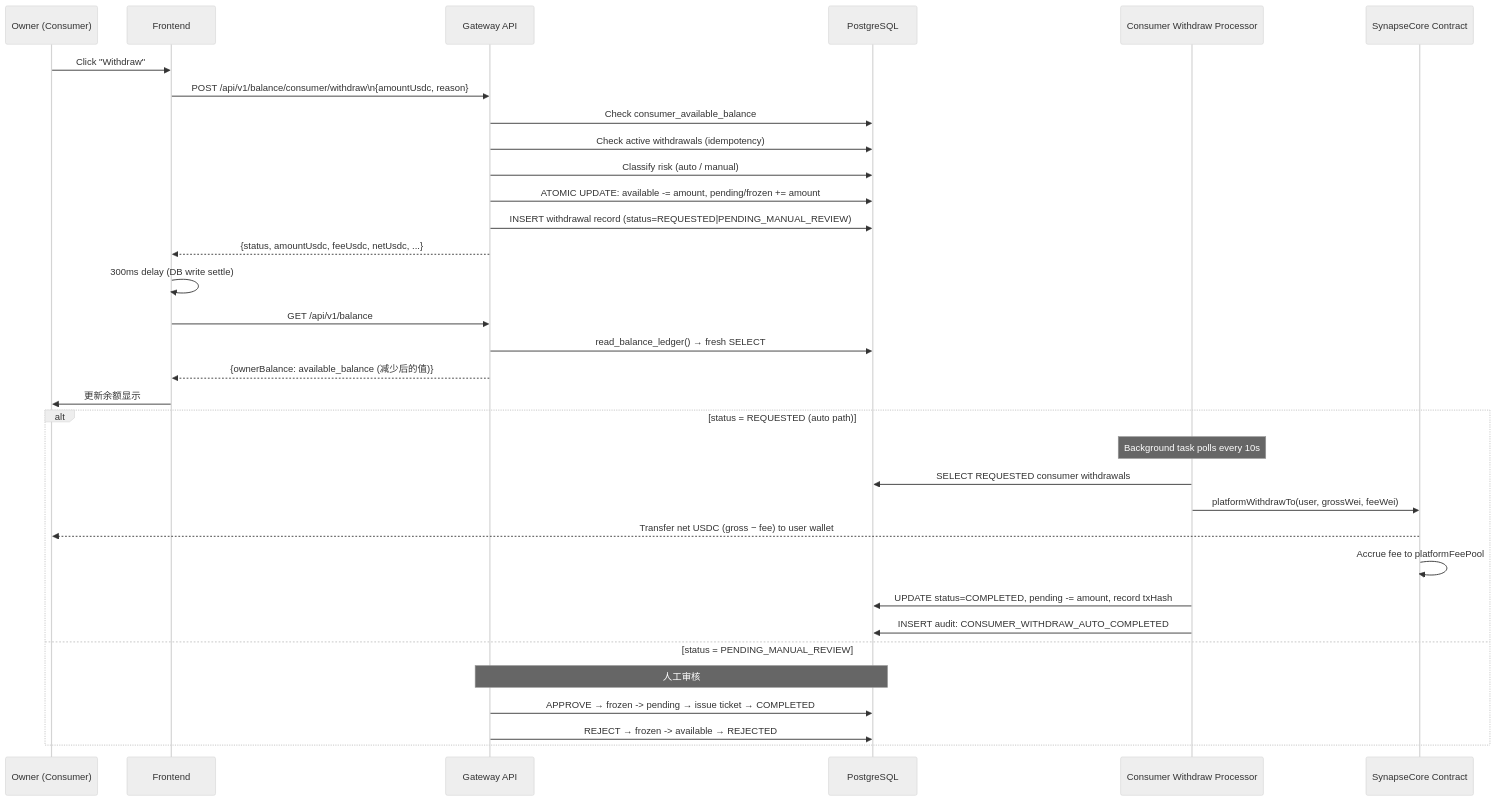
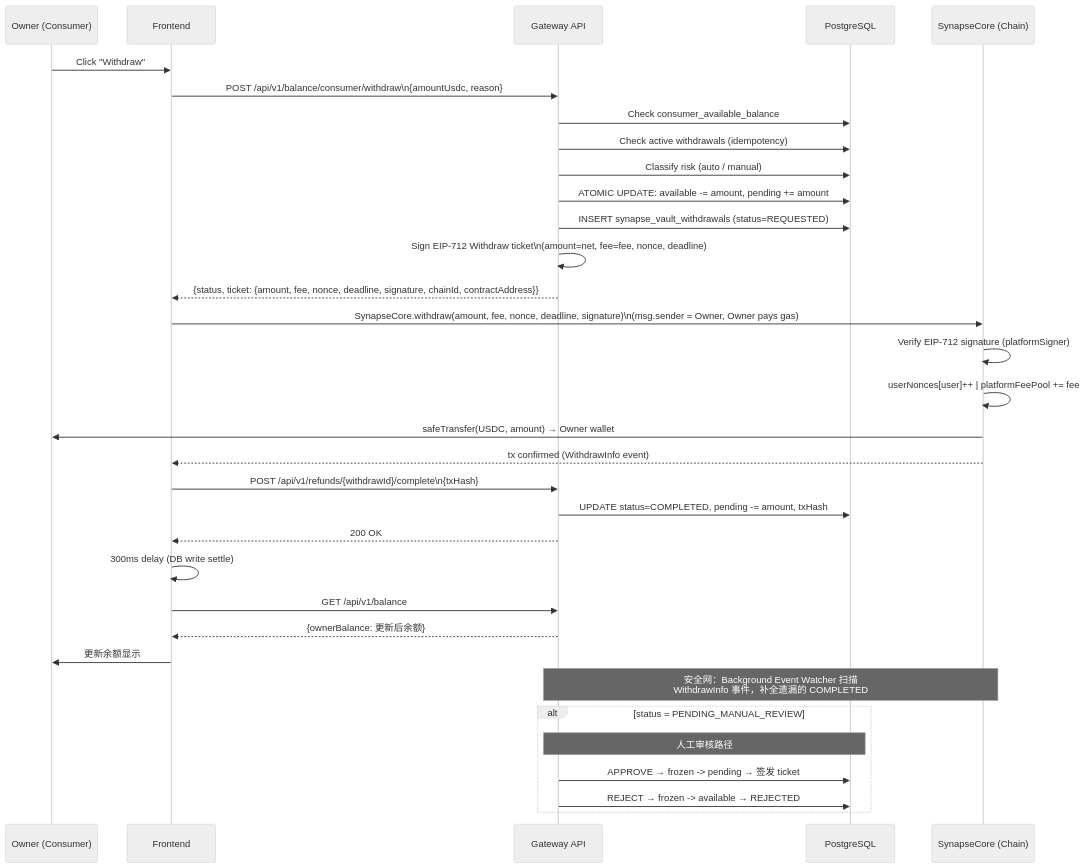
The diagram in docs/architecture/workflows/06_Consumer_Withdrawal_and_Risk_Gates.md (SynapseNetworkAI/Synapse-Network), drawn with Mermaid (neutral theme) before and after one commit. The commit also changed other lines of this file and 1 other file, not shown here.

First line of the commit message:
fix(ux): disable Withdraw button when a pending withdrawal exists

````diff
--- a/docs/architecture/workflows/06_Consumer_Withdrawal_and_Risk_Gates.md
+++ b/docs/architecture/workflows/06_Consumer_Withdrawal_and_Risk_Gates.md
@@ -244,38 +103,41 @@
 ```mermaid
 sequenceDiagram
     participant U as Owner (Consumer)
     participant FE as Frontend
     participant GW as Gateway API
     participant DB as PostgreSQL
-    participant BG as Consumer Withdraw Processor
-    participant SC as SynapseCore Contract
+    participant SC as SynapseCore (Chain)
 
     U->>FE: Click "Withdraw"
     FE->>GW: POST /api/v1/balance/consumer/withdraw\n{amountUsdc, reason}
     GW->>DB: Check consumer_available_balance
     GW->>DB: Check active withdrawals (idempotency)
     GW->>DB: Classify risk (auto / manual)
-    GW->>DB: ATOMIC UPDATE: available -= amount, pending/frozen += amount
-    GW->>DB: INSERT withdrawal record (status=REQUESTED|PENDING_MANUAL_REVIEW)
-    GW-->>FE: {status, amountUsdc, feeUsdc, netUsdc, ...}
+    GW->>DB: ATOMIC UPDATE: available -= amount, pending += amount
+    GW->>DB: INSERT synapse_vault_withdrawals (status=REQUESTED)
+    GW->>GW: Sign EIP-712 Withdraw ticket\n(amount=net, fee=fee, nonce, deadline)
+    GW-->>FE: {status, ticket: {amount, fee, nonce, deadline, signature, chainId, contractAddress}}
+
+    FE->>SC: SynapseCore.withdraw(amount, fee, nonce, deadline, signature)\n(msg.sender = Owner, Owner pays gas)
+    SC->>SC: Verify EIP-712 signature (platformSigner)
+    SC->>SC: userNonces[user]++ | platformFeePool += fee
+    SC->>U: safeTransfer(USDC, amount) → Owner wallet
+    SC-->>FE: tx confirmed (WithdrawInfo event)
+
+    FE->>GW: POST /api/v1/refunds/{withdrawId}/complete\n{txHash}
+    GW->>DB: UPDATE status=COMPLETED, pending -= amount, txHash
+    GW-->>FE: 200 OK
 
     FE->>FE: 300ms delay (DB write settle)
     FE->>GW: GET /api/v1/balance
-    GW->>DB: read_balance_ledger() → fresh SELECT
-    GW-->>FE: {ownerBalance: available_balance (减少后的值)}
+    GW-->>FE: {ownerBalance: 更新后余额}
     FE->>U: 更新余额显示
 
-    alt status = REQUESTED (auto path)
-        Note over BG: Background task polls every 10s
-        BG->>DB: SELECT REQUESTED consumer withdrawals
-        BG->>SC: platformWithdrawTo(user, grossWei, feeWei)
-        SC-->>U: Transfer net USDC (gross − fee) to user wallet
-        SC->>SC: Accrue fee to platformFeePool
-        BG->>DB: UPDATE status=COMPLETED, pending -= amount, record txHash
-        BG->>DB: INSERT audit: CONSUMER_WITHDRAW_AUTO_COMPLETED
-    else status = PENDING_MANUAL_REVIEW
-        Note over GW,DB: 人工审核
-        GW->>DB: APPROVE → frozen -> pending → issue ticket → COMPLETED
+    Note over GW,SC: 安全网：Background Event Watcher 扫描<br/>WithdrawInfo 事件，补全遗漏的 COMPLETED
+
+    alt status = PENDING_MANUAL_REVIEW
+        Note over GW,DB: 人工审核路径
+        GW->>DB: APPROVE → frozen -> pending → 签发 ticket
         GW->>DB: REJECT  → frozen -> available → REJECTED
     end
 ```
````
